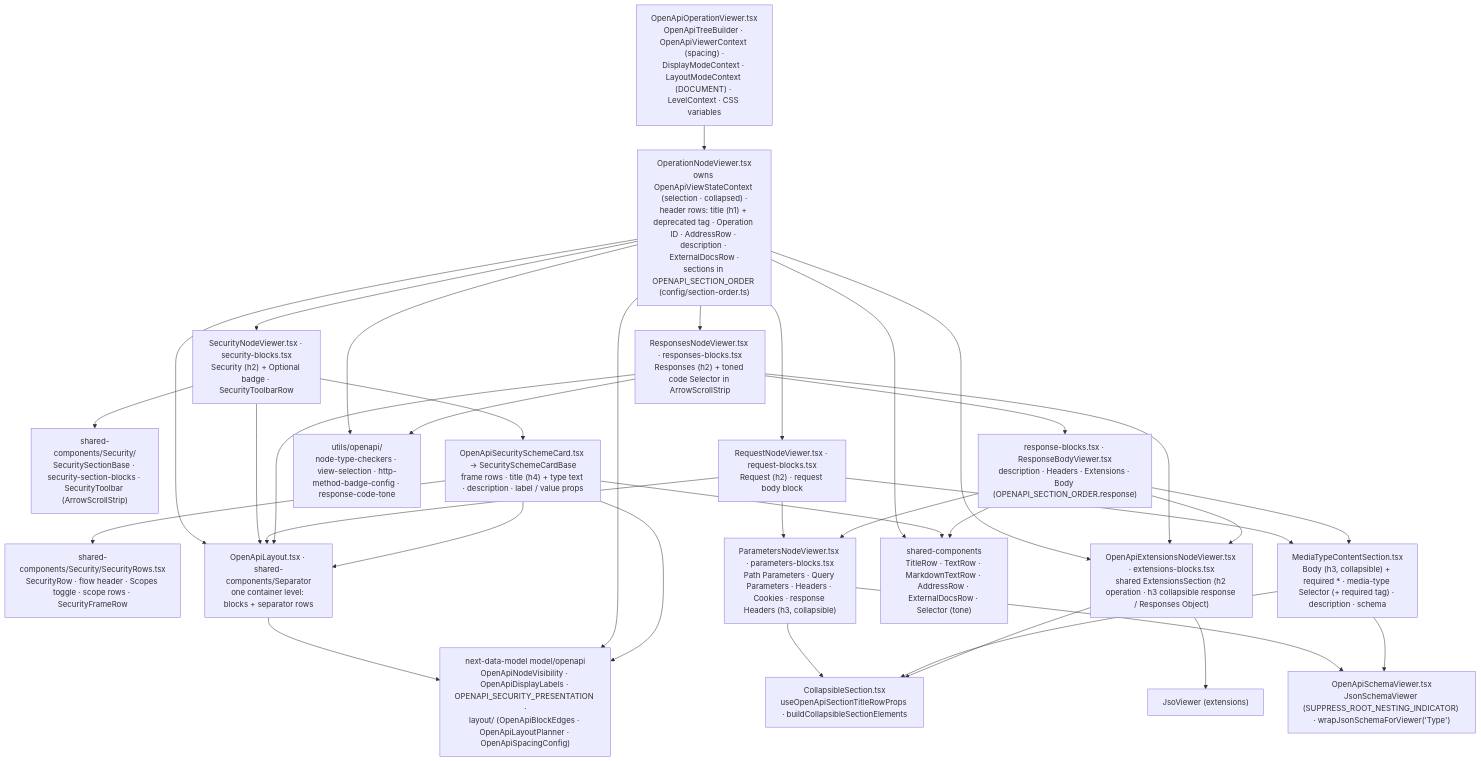
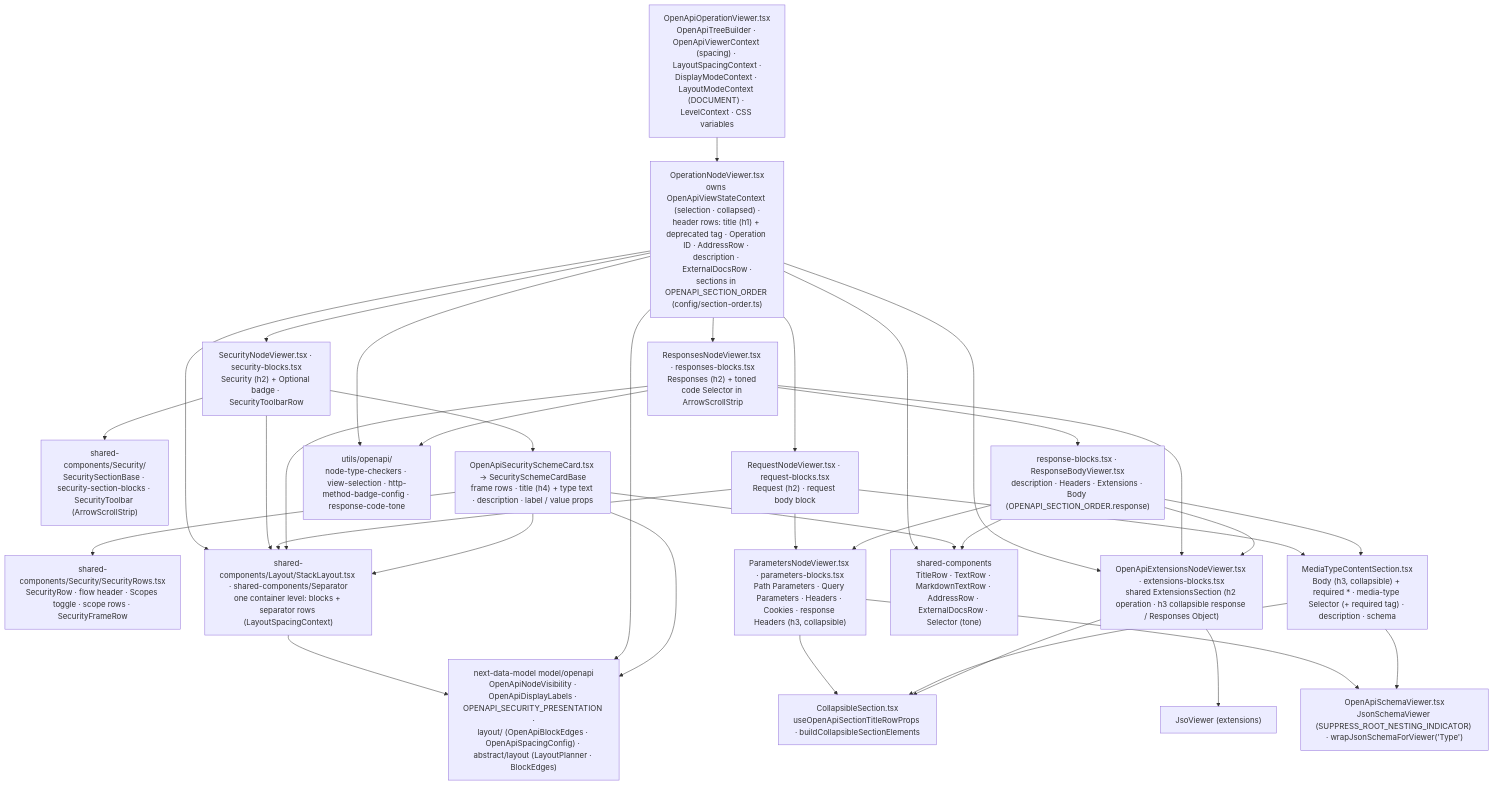
One commit to Netcracker/qubership-apihub-api-doc-viewer changed the diagram in docs/design/openapi/architecture/viewer-plain.md. Above: the diagram before and after it, drawn with Mermaid. The commit also changed other lines of this file and 78 other files, not shown here.

Commit message:
refactor(first AI review): Stage 4 - the shared spacing engine and shared row names

````diff
--- a/docs/design/openapi/architecture/viewer-plain.md
+++ b/docs/design/openapi/architecture/viewer-plain.md
@@ -10,57 +10,57 @@
 ```mermaid
 flowchart TB
-  Root["OpenApiOperationViewer.tsx<br/>OpenApiTreeBuilder · OpenApiViewerContext (spacing) ·<br/>DisplayModeContext · LayoutModeContext (DOCUMENT) · LevelContext · CSS variables"]
+  Root["OpenApiOperationViewer.tsx<br/>OpenApiTreeBuilder · OpenApiViewerContext (spacing) · LayoutSpacingContext ·<br/>DisplayModeContext · LayoutModeContext (DOCUMENT) · LevelContext · CSS variables"]
   Operation["OperationNodeViewer.tsx<br/>owns OpenApiViewStateContext (selection · collapsed) ·<br/>header rows: title (h1) + deprecated tag · Operation ID · AddressRow · description · ExternalDocsRow ·<br/>sections in OPENAPI_SECTION_ORDER (config/section-order.ts)"]
   Security["SecurityNodeViewer.tsx · security-blocks.tsx<br/>Security (h2) + Optional badge · SecurityToolbarRow"]
   SecBase["shared-components/Security/<br/>SecuritySectionBase · security-section-blocks · SecurityToolbar (ArrowScrollStrip)"]
   Card["OpenApiSecuritySchemeCard.tsx → SecuritySchemeCardBase<br/>frame rows · title (h4) + type text · description · label / value props"]
   SecRows["shared-components/Security/SecurityRows.tsx<br/>SecurityRow · flow header · Scopes toggle · scope rows · SecurityFrameRow"]
   Extensions["OpenApiExtensionsNodeViewer.tsx · extensions-blocks.tsx<br/>shared ExtensionsSection (h2 operation · h3 collapsible response / Responses Object)"]
   Request["RequestNodeViewer.tsx · request-blocks.tsx<br/>Request (h2) · request body block"]
   Params["ParametersNodeViewer.tsx · parameters-blocks.tsx<br/>Path Parameters · Query Parameters · Headers · Cookies · response Headers (h3, collapsible)"]
   Body["MediaTypeContentSection.tsx<br/>Body (h3, collapsible) + required * · media-type Selector (+ required tag) · description · schema"]
   Responses["ResponsesNodeViewer.tsx · responses-blocks.tsx<br/>Responses (h2) + toned code Selector in ArrowScrollStrip"]
   Response["response-blocks.tsx · ResponseBodyViewer.tsx<br/>description · Headers · Extensions · Body (OPENAPI_SECTION_ORDER.response)"]
   Collapsible["CollapsibleSection.tsx<br/>useOpenApiSectionTitleRowProps · buildCollapsibleSectionElements"]
   SchemaViewer["OpenApiSchemaViewer.tsx<br/>JsonSchemaViewer (SUPPRESS_ROOT_NESTING_INDICATOR) · wrapJsonSchemaForViewer('Type')"]
-  Layout["OpenApiLayout.tsx · shared-components/Separator<br/>one container level: blocks + separator rows"]
+  Layout["shared-components/Layout/StackLayout.tsx · shared-components/Separator<br/>one container level: blocks + separator rows (LayoutSpacingContext)"]
   ViewUtils["utils/openapi/<br/>node-type-checkers · view-selection · http-method-badge-config · response-code-tone"]
-  NdmModel["next-data-model model/openapi<br/>OpenApiNodeVisibility · OpenApiDisplayLabels · OPENAPI_SECURITY_PRESENTATION ·<br/>layout/ (OpenApiBlockEdges · OpenApiLayoutPlanner · OpenApiSpacingConfig)"]
+  NdmModel["next-data-model model/openapi<br/>OpenApiNodeVisibility · OpenApiDisplayLabels · OPENAPI_SECURITY_PRESENTATION ·<br/>layout/ (OpenApiBlockEdges · OpenApiSpacingConfig) · abstract/layout (LayoutPlanner · BlockEdges)"]
   Jso["JsoViewer (extensions)"]
   SharedRows["shared-components<br/>TitleRow · TextRow · MarkdownTextRow · AddressRow · ExternalDocsRow · Selector (tone)"]
 
   Root --> Operation
   Operation --> Security
   Operation --> Extensions
   Operation --> Request
   Operation --> Responses
   Security --> SecBase
   Security --> Card
   Card --> SecRows
   Request --> Params
   Request --> Body
   Responses --> Response
   Responses --> Extensions
   Response --> Params
   Response --> Extensions
   Response --> Body
   Params --> Collapsible
   Body --> Collapsible
   Extensions --> Collapsible
   Params --> SchemaViewer
   Body --> SchemaViewer
   Extensions --> Jso
   Operation --> Layout
   Security --> Layout
   Request --> Layout
   Responses --> Layout
   Card --> Layout
   Layout --> NdmModel
   Operation --> NdmModel
   Card --> NdmModel
   Operation --> ViewUtils
   Responses --> ViewUtils
   Operation --> SharedRows
   Card --> SharedRows
   Response --> SharedRows
 ```
````
